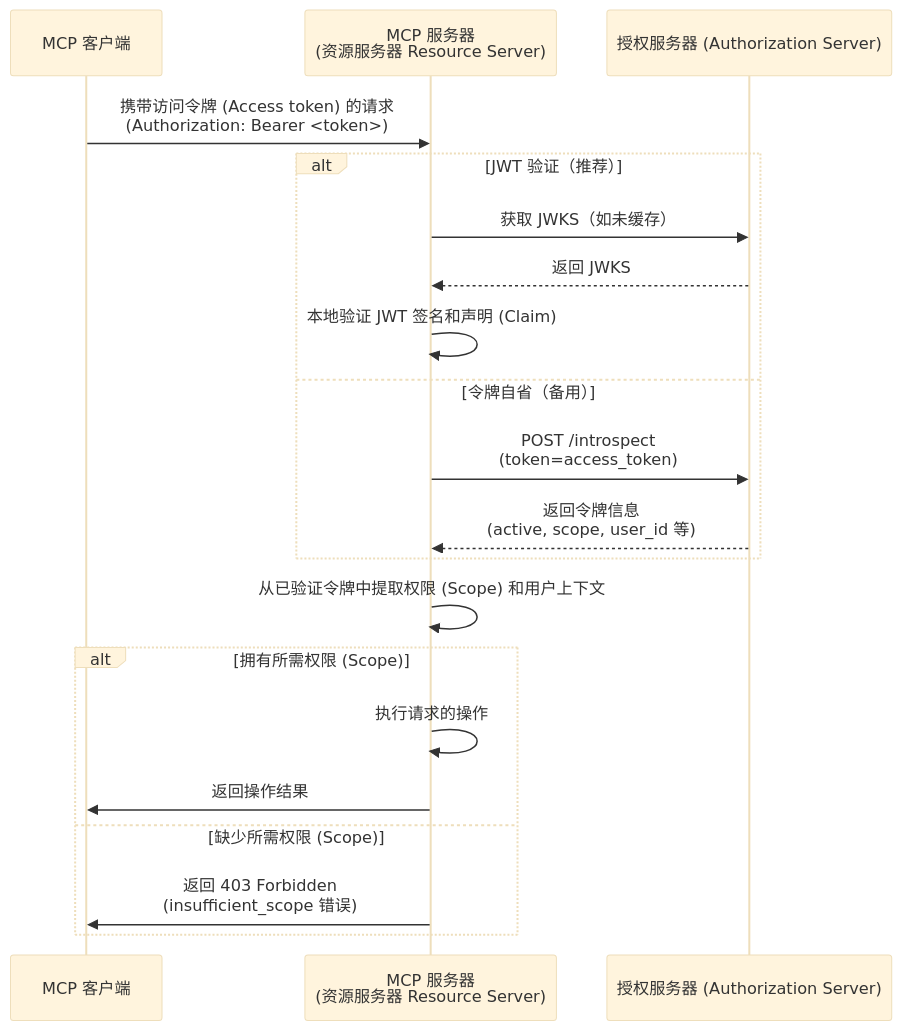
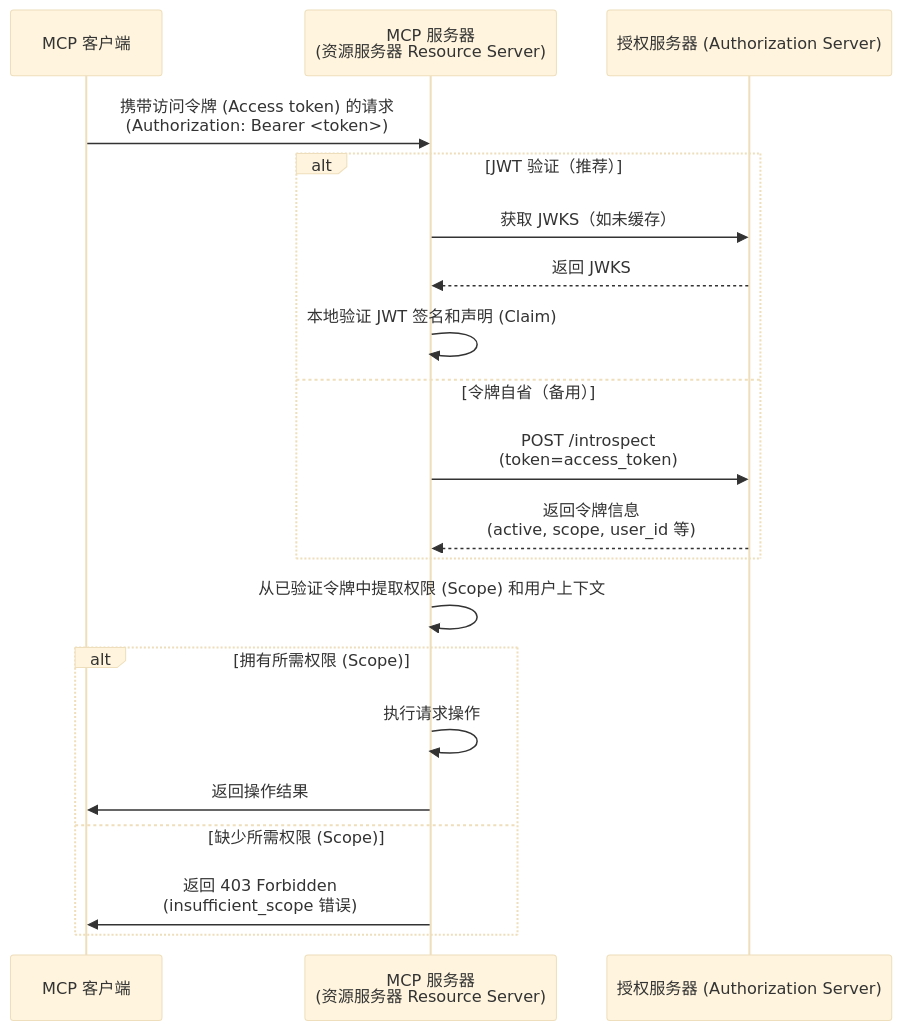
The second of 2 diagrams in i18n/zh-CN/docusaurus-plugin-content-docs/current/tutorials/todo-manager/README.mdx (mcp-auth/docs), drawn with Mermaid (base theme) before and after one commit. The commit also changed other lines of this file and 9 other files, not shown here.

````diff
--- a/i18n/zh-CN/docusaurus-plugin-content-docs/current/tutorials/todo-manager/README.mdx
+++ b/i18n/zh-CN/docusaurus-plugin-content-docs/current/tutorials/todo-manager/README.mdx
@@ -137,26 +137,26 @@
 ```mermaid
 sequenceDiagram
     participant Client as MCP 客户端
     participant Server as MCP 服务器<br/>(资源服务器 Resource Server)
     participant Auth as 授权服务器 (Authorization Server)
 
     Client->>Server: 携带访问令牌 (Access token) 的请求<br/>(Authorization: Bearer <token>)
 
     alt JWT 验证（推荐）
         Server->>Auth: 获取 JWKS（如未缓存）
         Auth-->>Server: 返回 JWKS
         Server->>Server: 本地验证 JWT 签名和声明 (Claim)
     else 令牌自省（备用）
         Server->>Auth: POST /introspect<br/>(token=access_token)
         Auth-->>Server: 返回令牌信息<br/>(active, scope, user_id 等)
     end
 
     Server->>Server: 从已验证令牌中提取权限 (Scope) 和用户上下文
 
     alt 拥有所需权限 (Scope)
-        Server->>Server: 执行请求的操作
+        Server->>Server: 执行请求操作
         Server->>Client: 返回操作结果
     else 缺少所需权限 (Scope)
         Server->>Client: 返回 403 Forbidden<br/>(insufficient_scope 错误)
     end
 ```
````
